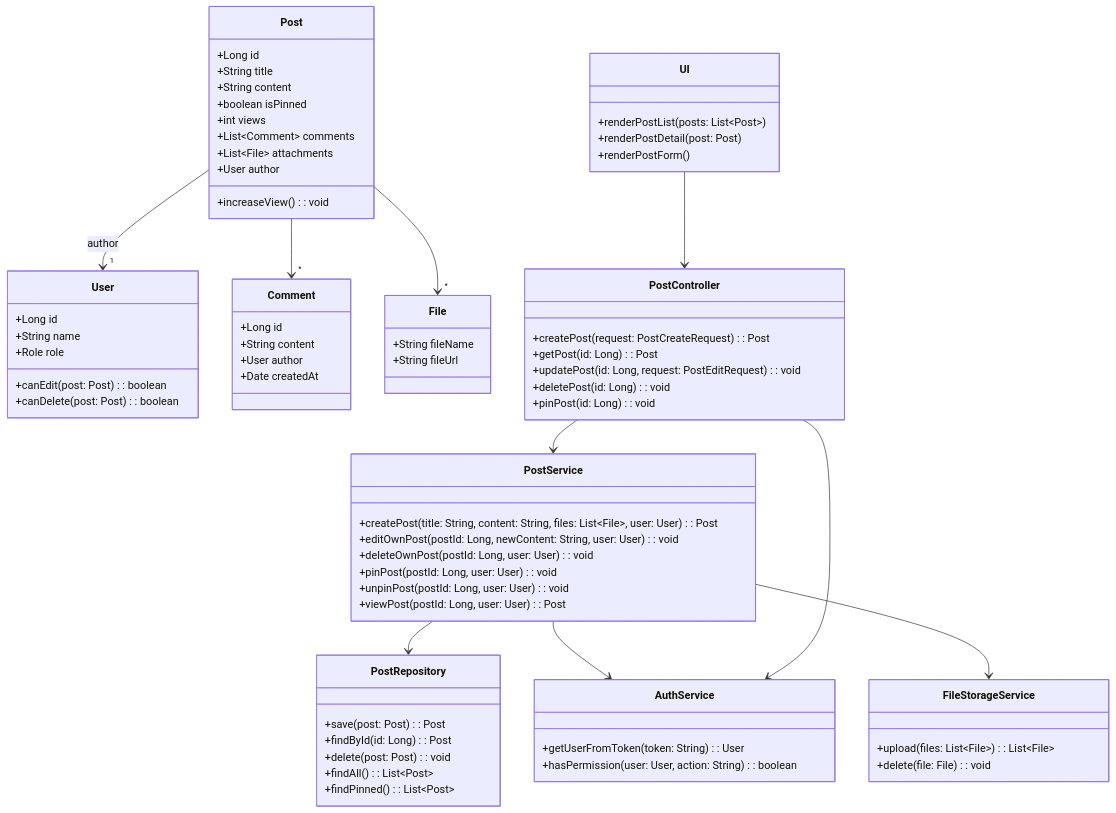
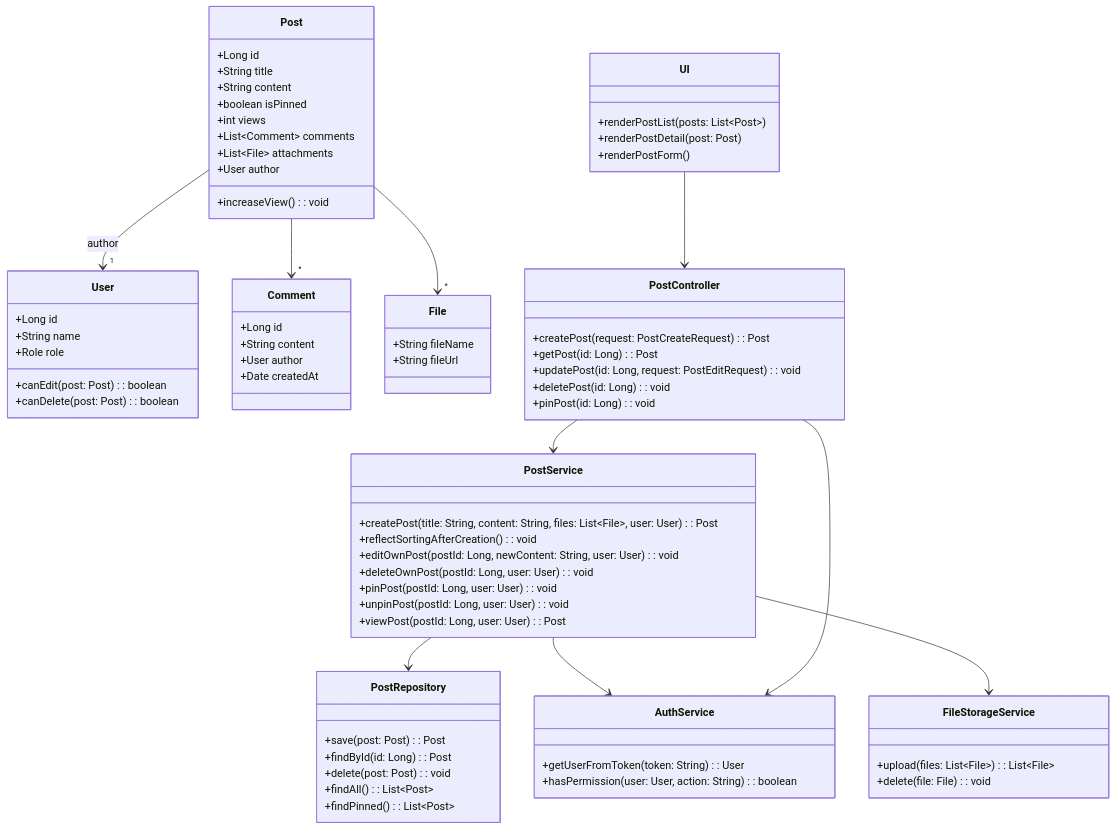
One commit to sun922/University-SoftwareDesign changed the seventh of 11 diagrams in 2. Design/Software Design Documents.md. Above: the diagram before and after it, drawn with Mermaid. The commit also changed other lines of this file, not shown here.

Commit message:
클래스 다이어그램 누락된거 수정

````diff
--- a/2. Design/Software Design Documents.md
+++ b/2. Design/Software Design Documents.md
@@ -674,87 +698,86 @@
 ```mermaid
 classDiagram
-    class User {
-        +Long id
-        +String name
-        +Role role
-        +canEdit(post: Post): boolean
-        +canDelete(post: Post): boolean
-    }
+class User {
+    +Long id
+    +String name
+    +Role role
+    +canEdit(post: Post): boolean
+    +canDelete(post: Post): boolean
+}
 
-    class Post {
-        +Long id
-        +String title
-        +String content
-        +boolean isPinned
-        +int views
-        +List~Comment~ comments
-        +List~File~ attachments
-        +User author
-        +increaseView(): void
-    }
+class Post {
+    +Long id
+    +String title
+    +String content
+    +boolean isPinned
+    +int views
+    +List~Comment~ comments
+    +List~File~ attachments
+    +User author
+    +increaseView(): void
+}
 
-    class Comment {
-        +Long id
-        +String content
-        +User author
-        +Date createdAt
-    }
+class Comment {
+    +Long id
+    +String content
+    +User author
+    +Date createdAt
+}
 
-    class File {
-        +String fileName
-        +String fileUrl
-    }
+class File {
+    +String fileName
+    +String fileUrl
+}
 
-    class PostService {
-        +createPost(title: String, content: String, files: List~File~, user: User): Post
-        +editOwnPost(postId: Long, newContent: String, user: User): void
-        +deleteOwnPost(postId: Long, user: User): void
-        +pinPost(postId: Long, user: User): void
-        +unpinPost(postId: Long, user: User): void
-        +viewPost(postId: Long, user: User): Post
-    }
+class PostService {
+    +createPost(title: String, content: String, files: List~File~, user: User): Post
+    +reflectSortingAfterCreation(): void
+    +editOwnPost(postId: Long, newContent: String, user: User): void
+    +deleteOwnPost(postId: Long, user: User): void
+    +pinPost(postId: Long, user: User): void
+    +unpinPost(postId: Long, user: User): void
+    +viewPost(postId: Long, user: User): Post
+}
 
-    class PostRepository {
-        +save(post: Post): Post
-        +findById(id: Long): Post
-        +delete(post: Post): void
-        +findAll(): List~Post~
-        +findPinned(): List~Post~
-    }
+class PostRepository {
+    +save(post: Post): Post
+    +findById(id: Long): Post
+    +delete(post: Post): void
+    +findAll(): List~Post~
+    +findPinned(): List~Post~
+}
 
-    class AuthService {
-        +getUserFromToken(token: String): User
-        +hasPermission(user: User, action: String): boolean
-    }
+class AuthService {
+    +getUserFromToken(token: String): User
+    +hasPermission(user: User, action: String): boolean
+}
 
-    class FileStorageService {
-        +upload(files: List~File~): List~File~
-        +delete(file: File): void
-    }
+class FileStorageService {
+    +upload(files: List~File~): List~File~
+    +delete(file: File): void
+}
 
-    class PostController {
-        +createPost(request: PostCreateRequest): Post
-        +getPost(id: Long): Post
-        +updatePost(id: Long, request: PostEditRequest): void
-        +deletePost(id: Long): void
-        +pinPost(id: Long): void
-    }
+class PostController {
+    +createPost(request: PostCreateRequest): Post
+    +getPost(id: Long): Post
+    +updatePost(id: Long, request: PostEditRequest): void
+    +deletePost(id: Long): void
+    +pinPost(id: Long): void
+}
 
-    class UI {
-        +renderPostList(posts: List~Post~)
-        +renderPostDetail(post: Post)
-        +renderPostForm()
-    }
+class UI {
+    +renderPostList(posts: List~Post~)
+    +renderPostDetail(post: Post)
+    +renderPostForm()
+}
 
-    %% 관계 설정
-    Post --> "1" User : author
-    Post --> "*" Comment
-    Post --> "*" File
-    PostController --> PostService
-    PostService --> PostRepository
-    PostService --> AuthService
-    PostService --> FileStorageService
-    UI --> PostController
-    PostController --> AuthService
-
+Post --> "1" User : author
+Post --> "*" Comment
+Post --> "*" File
+PostController --> PostService
+PostService --> PostRepository
+PostService --> AuthService
+PostService --> FileStorageService
+UI --> PostController
+PostController --> AuthService
 ```
````
